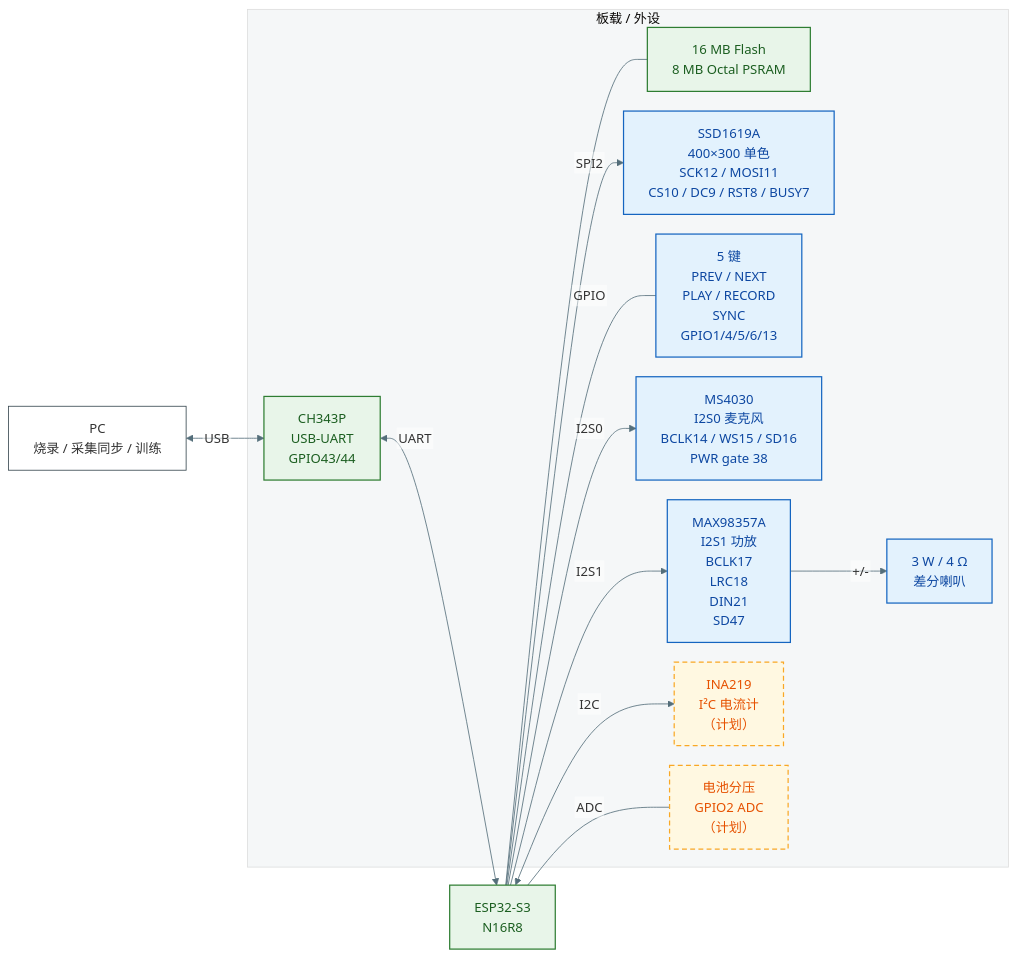
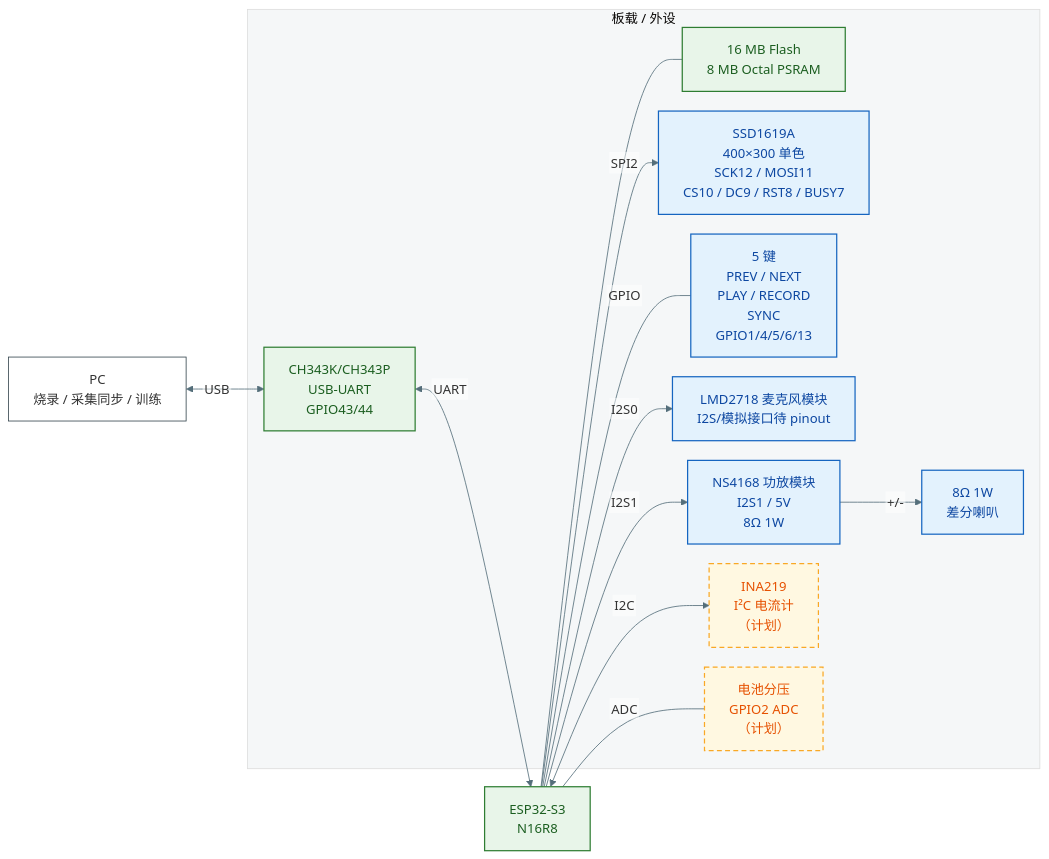
One commit to kyhx/E-Ink-English-Learning-Device-KYHX changed the diagram in docs/diagrams/src/device-topology.mmd. Above: the diagram before and after it, drawn with Mermaid. The commit also changed 24 other files, not shown here.

```diff
--- a/docs/diagrams/src/device-topology.mmd
+++ b/docs/diagrams/src/device-topology.mmd
@@ -1,45 +1,45 @@
 %%{init: {
   "theme": "base",
   "themeVariables": {
     "fontFamily": "Microsoft YaHei, Segoe UI, sans-serif",
     "fontSize": "16px",
     "primaryColor": "#ffffff",
     "primaryBorderColor": "#37474f",
     "lineColor": "#546e7a",
     "tertiaryColor": "#f5f7f8"
   },
   "flowchart": {"curve": "basis", "nodeSpacing": 24, "rankSpacing": 40, "htmlLabels": false}
 }}%%
 flowchart LR
   PC["PC<br/>烧录 / 采集同步 / 训练"]
   MCU["ESP32-S3<br/>N16R8"]
 
   subgraph PER["板载 / 外设"]
     MEM["16 MB Flash<br/>8 MB Octal PSRAM"]
-    USB["CH343P<br/>USB-UART<br/>GPIO43/44"]
+    USB["CH343K/CH343P<br/>USB-UART<br/>GPIO43/44"]
     EPD["SSD1619A<br/>400×300 单色<br/>SCK12 / MOSI11<br/>CS10 / DC9 / RST8 / BUSY7"]
     KEY["5 键<br/>PREV / NEXT<br/>PLAY / RECORD<br/>SYNC<br/>GPIO1/4/5/6/13"]
-    MIC["MS4030<br/>I2S0 麦克风<br/>BCLK14 / WS15 / SD16<br/>PWR gate 38"]
-    AMP["MAX98357A<br/>I2S1 功放<br/>BCLK17<br/>LRC18<br/>DIN21<br/>SD47"]
-    SPK["3 W / 4 Ω<br/>差分喇叭"]
+    MIC["LMD2718 麦克风模块<br/>I2S/模拟接口待 pinout"]
+    AMP["NS4168 功放模块<br/>I2S1 / 5V<br/>8Ω 1W"]
+    SPK["8Ω 1W<br/>差分喇叭"]
     INA["INA219<br/>I²C 电流计<br/>（计划）"]
     BAT["电池分压<br/>GPIO2 ADC<br/>（计划）"]
   end
 
   PC <-->|USB| USB
   USB <-->|UART| MCU
   MCU --- MEM
   MCU -->|SPI2| EPD
   MCU ---|GPIO| KEY
   MCU -->|I2S0| MIC
   MCU -->|I2S1| AMP
   AMP -->|+/-| SPK
   MCU <-->|I2C| INA
   MCU ---|ADC| BAT
 
   classDef core fill:#e8f5e9,stroke:#2e7d32,color:#1b5e20,stroke-width:1.5px
   classDef io fill:#e3f2fd,stroke:#1565c0,color:#0d47a1,stroke-width:1.5px
   classDef planned fill:#fff8e1,stroke:#f9a825,color:#e65100,stroke-dasharray:6 4,stroke-width:1.5px
   class MCU,MEM,USB core
   class EPD,KEY,MIC,AMP,SPK io
   class INA,BAT planned
```
